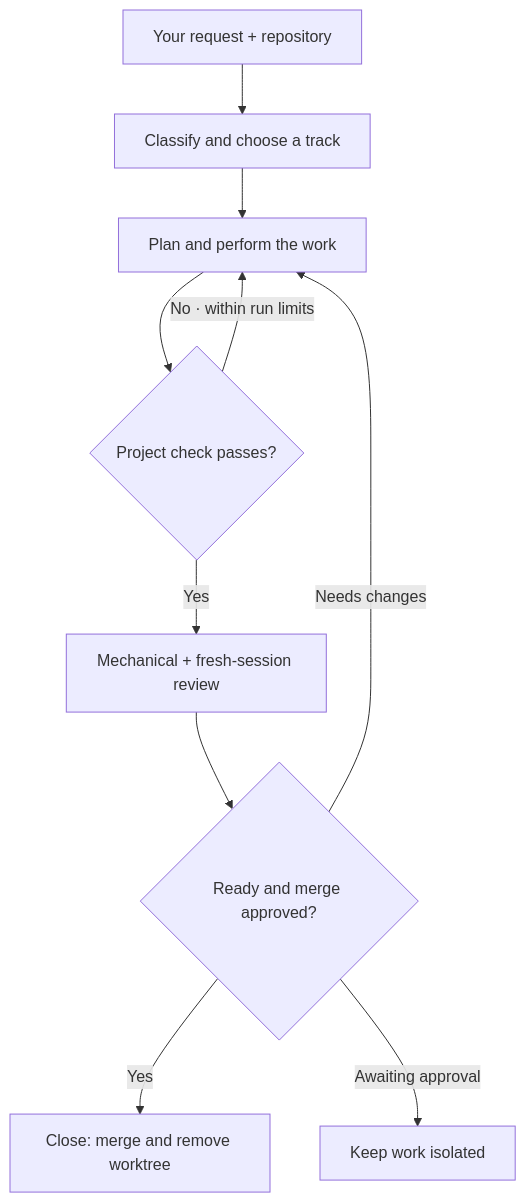
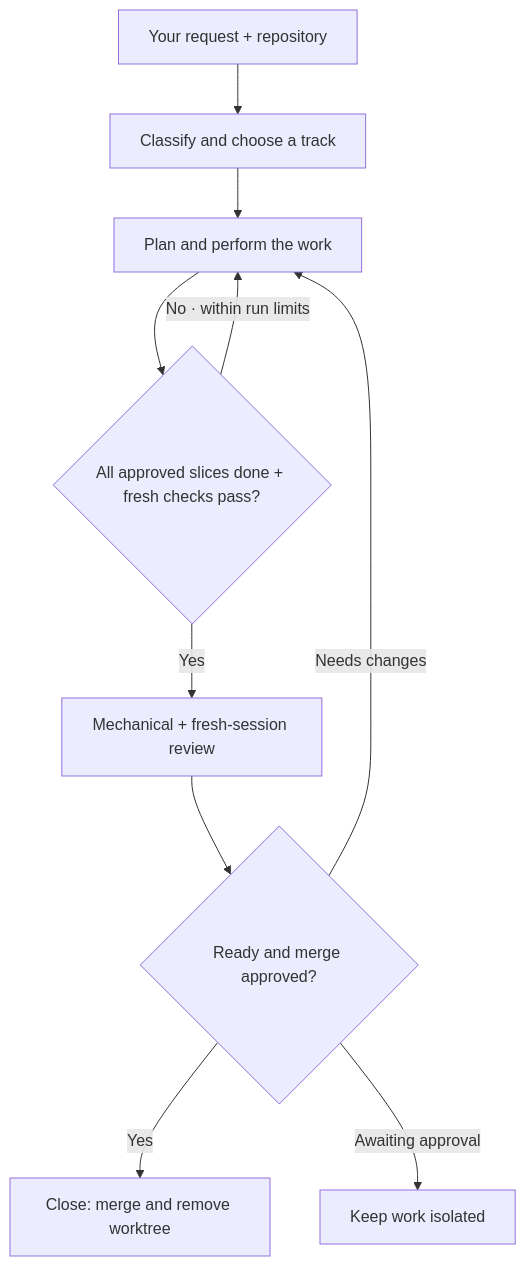
One commit to depolakerik-ops/erixpo-workflow changed the diagram in README.md. Above: the diagram before and after it, drawn with Mermaid. The commit also changed other lines of this file and 100 other files, not shown here.

````diff
--- a/README.md
+++ b/README.md
@@ -105,12 +105,12 @@
 ```mermaid
 flowchart TD
     request["Your request + repository"] --> route["Classify and choose a track"]
     route --> work["Plan and perform the work"]
-    work --> check{"Project check passes?"}
+    work --> check{"All approved slices done + fresh checks pass?"}
     check -->|"No · within run limits"| work
     check -->|Yes| review["Mechanical + fresh-session review"]
     review --> decision{"Ready and merge approved?"}
     decision -->|"Needs changes"| work
     decision -->|Yes| close["Close: merge and remove worktree"]
     decision -->|"Awaiting approval"| hold["Keep work isolated"]
 ```
````
